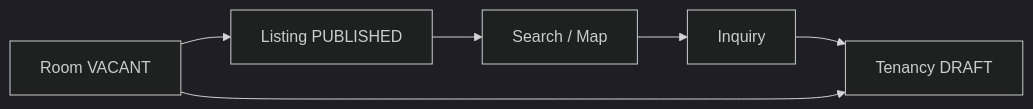
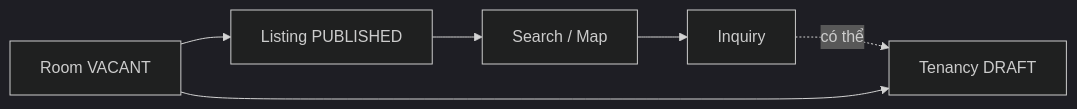
One commit to Danh20100/moibile_app changed the third of 5 diagrams in docs/contexts/product-domain.md. Above: the diagram before and after it, drawn with Mermaid (dark theme). The commit also changed other lines of this file and 9 other files, not shown here.

````diff
--- a/docs/contexts/product-domain.md
+++ b/docs/contexts/product-domain.md
@@ -82,8 +89,8 @@
 ```mermaid
 flowchart LR
-    R[Room VACANT] --> L[Listing PUBLISHED]
-    L --> S[Search / Map]
-    S --> I[Inquiry]
-    I --> T[Tenancy DRAFT]
+    R["Room VACANT"] --> L["Listing PUBLISHED"]
+    L --> S["Search / Map"]
+    S --> I["Inquiry"]
+    I -. "có thể" .-> T["Tenancy DRAFT"]
     R --> T
 ```
````
